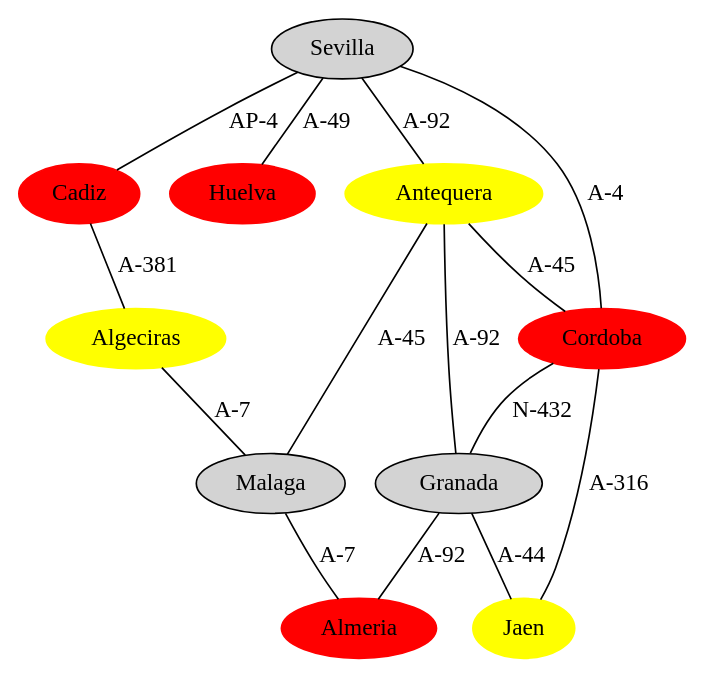
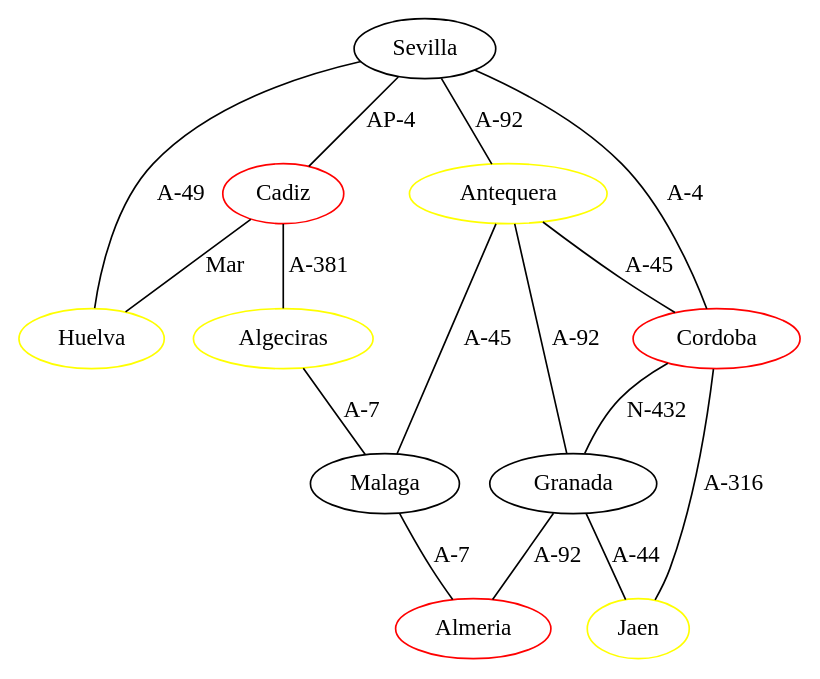
Before and after one commit to migueltoro/ada_v2_18: the diagram in java/EjemplosDeGrafos/ficheros/coloresAndalucia.gv, drawn with Graphviz. The commit also changed 321 other files, not shown here.

```diff
--- a/java/EjemplosDeGrafos/ficheros/coloresAndalucia.gv
+++ b/java/EjemplosDeGrafos/ficheros/coloresAndalucia.gv
@@ -1,26 +1,27 @@
 strict graph G {
-  1 [ label="Sevilla" color="" style="filled" ];
-  2 [ label="Cadiz" color="red" style="filled" ];
-  3 [ label="Huelva" color="red" style="filled" ];
-  4 [ label="Cordoba" color="red" style="filled" ];
-  5 [ label="Malaga" color="" style="filled" ];
-  6 [ label="Antequera" color="yellow" style="filled" ];
-  7 [ label="Almeria" color="red" style="filled" ];
-  8 [ label="Granada" color="" style="filled" ];
-  9 [ label="Jaen" color="yellow" style="filled" ];
-  10 [ label="Algeciras" color="yellow" style="filled" ];
-  1 -- 3 [ label="A-49" ];
-  1 -- 4 [ label="A-4" ];
-  1 -- 2 [ label="AP-4" ];
-  1 -- 6 [ label="A-92" ];
-  6 -- 8 [ label="A-92" ];
-  6 -- 5 [ label="A-45" ];
-  6 -- 4 [ label="A-45" ];
-  5 -- 7 [ label="A-7" ];
-  4 -- 9 [ label="A-316" ];
-  4 -- 8 [ label="N-432" ];
-  8 -- 7 [ label="A-92" ];
-  8 -- 9 [ label="A-44" ];
-  2 -- 10 [ label="A-381" ];
-  10 -- 5 [ label="A-7" ];
+  1 [ color="" label="Sevilla" ];
+  2 [ color="red" label="Cadiz" ];
+  3 [ color="yellow" label="Huelva" ];
+  4 [ color="red" label="Cordoba" ];
+  5 [ color="" label="Malaga" ];
+  6 [ color="yellow" label="Antequera" ];
+  7 [ color="red" label="Almeria" ];
+  8 [ color="" label="Granada" ];
+  9 [ color="yellow" label="Jaen" ];
+  10 [ color="yellow" label="Algeciras" ];
+  2 -- 3 [ style="solid" label="Mar" ];
+  1 -- 3 [ style="solid" label="A-49" ];
+  1 -- 4 [ style="solid" label="A-4" ];
+  1 -- 2 [ style="solid" label="AP-4" ];
+  1 -- 6 [ style="solid" label="A-92" ];
+  6 -- 8 [ style="solid" label="A-92" ];
+  6 -- 5 [ style="solid" label="A-45" ];
+  6 -- 4 [ style="solid" label="A-45" ];
+  5 -- 7 [ style="solid" label="A-7" ];
+  4 -- 9 [ style="solid" label="A-316" ];
+  4 -- 8 [ style="solid" label="N-432" ];
+  8 -- 7 [ style="solid" label="A-92" ];
+  8 -- 9 [ style="solid" label="A-44" ];
+  2 -- 10 [ style="solid" label="A-381" ];
+  10 -- 5 [ style="solid" label="A-7" ];
 }
```
